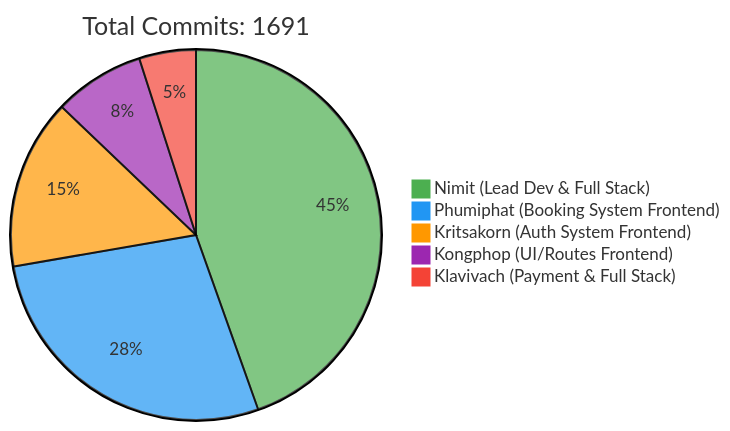
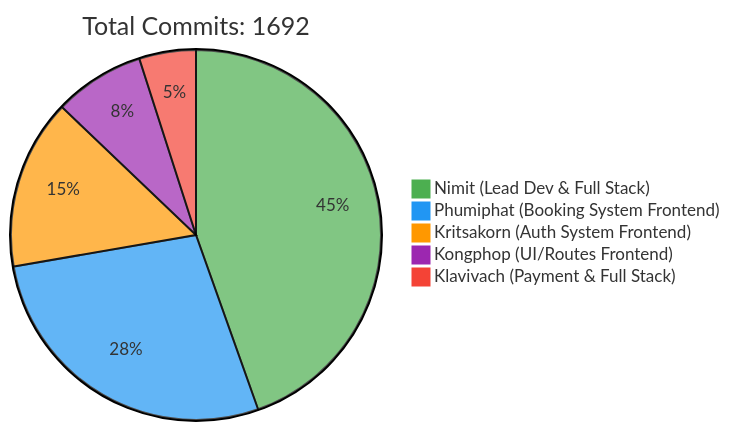
One commit to 6531503042/Sport-Complex changed the first of 2 diagrams in README.md. Above: the diagram before and after it, drawn with Mermaid. The commit also changed other lines of this file, not shown here.

Commit message:
docs: Update contributor statistics [skip ci]

````diff
--- a/README.md
+++ b/README.md
@@ -257,10 +257,10 @@
 ```mermaid
 %%{init: {'theme': 'base', 'themeVariables': { 'pie1': '#4CAF50', 'pie2': '#2196F3', 'pie3': '#FF9800', 'pie4': '#9C27B0', 'pie5': '#F44336'}}}%%
 pie
-    title Total Commits: 1691
+    title Total Commits: 1692
     "Nimit (Lead Dev & Full Stack)" : 450
     "Phumiphat (Booking System Frontend)" : 280
     "Kritsakorn (Auth System Frontend)" : 150
     "Kongphop (UI/Routes Frontend)" : 80
     "Klavivach (Payment & Full Stack)" : 50
 ```
````
